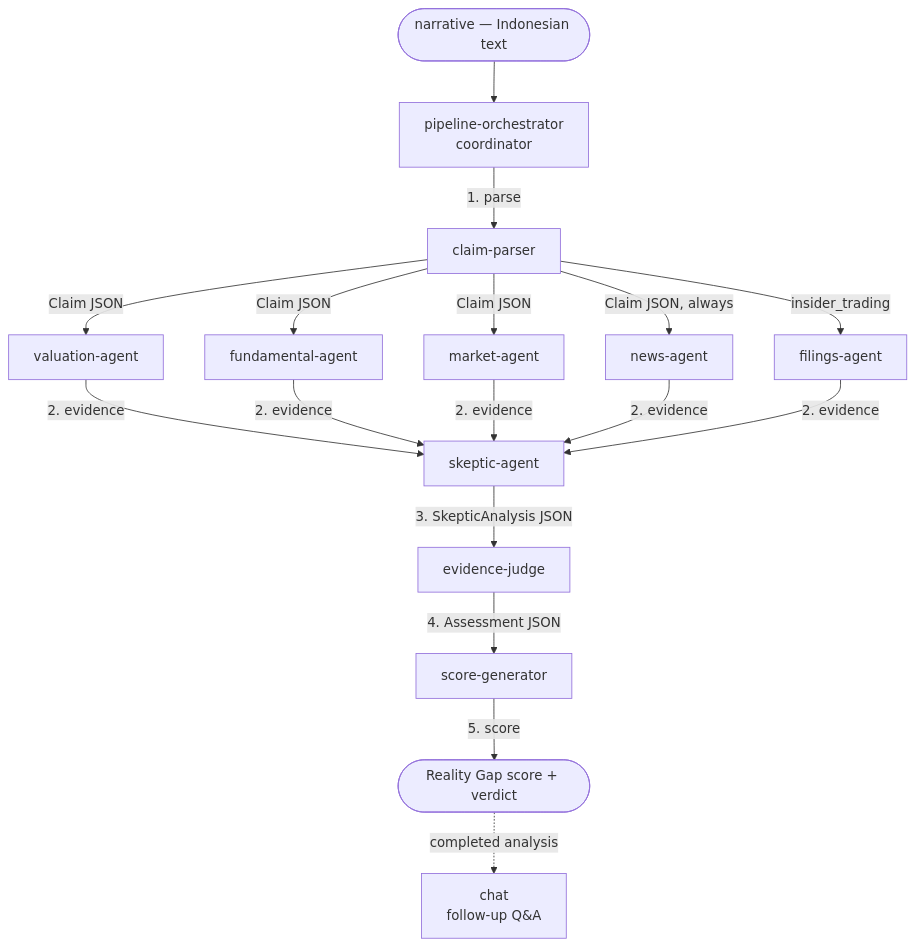
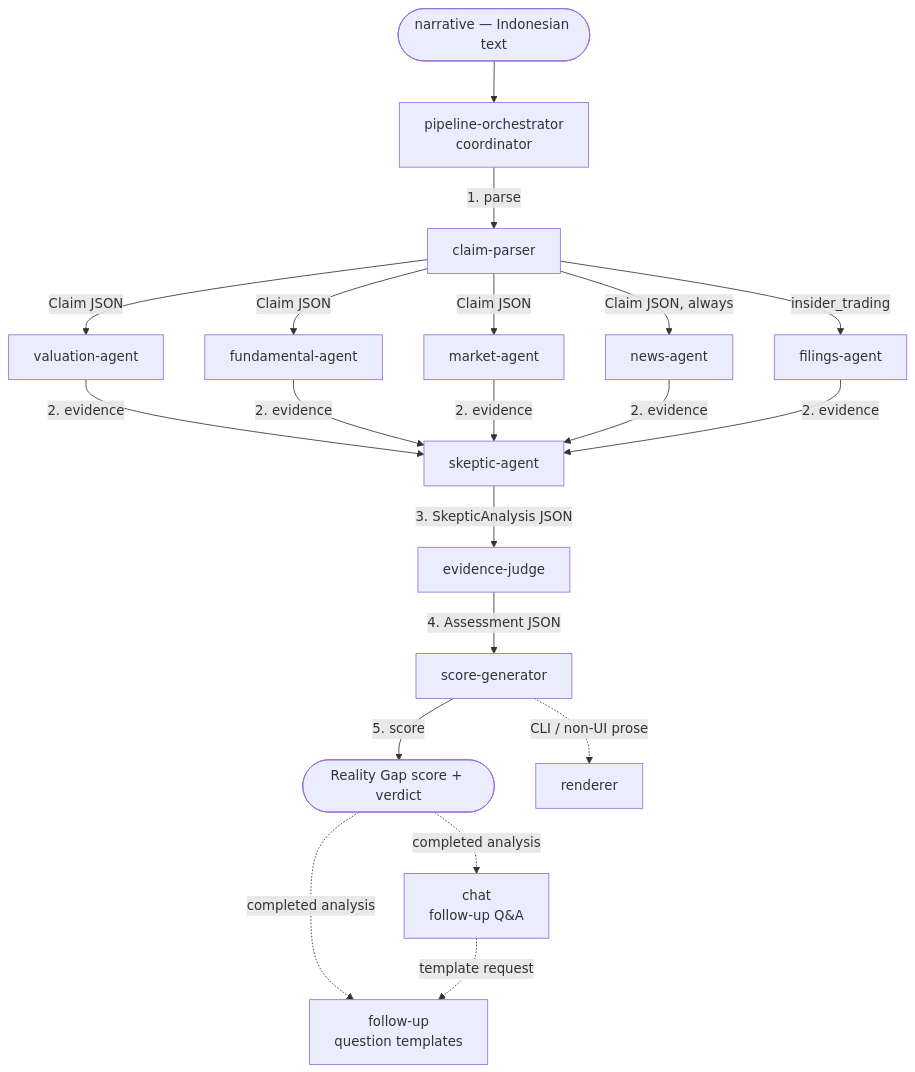
Before and after one commit to masdevid/naragate: the diagram in agents/README.md, drawn with Mermaid. The commit also changed other lines of this file and 11 other files, not shown here.

````diff
--- a/agents/README.md
+++ b/agents/README.md
@@ -9,19 +11,22 @@
 ```mermaid
 flowchart TD
     N([narrative — Indonesian text]) --> O[pipeline-orchestrator<br/>coordinator]
     O -->|1. parse| CP[claim-parser]
     CP -->|Claim JSON| VA[valuation-agent]
     CP -->|Claim JSON| FA[fundamental-agent]
     CP -->|Claim JSON| MA[market-agent]
     CP -->|Claim JSON, always| NA[news-agent]
     CP -->|insider_trading| IF[filings-agent]
     VA -->|2. evidence| SK[skeptic-agent]
     FA -->|2. evidence| SK
     MA -->|2. evidence| SK
     NA -->|2. evidence| SK
     IF -->|2. evidence| SK
     SK -->|3. SkepticAnalysis JSON| JJ[evidence-judge]
     JJ -->|4. Assessment JSON| SG[score-generator]
     SG -->|5. score| RG([Reality Gap score + verdict])
     RG -.->|completed analysis| CH[chat<br/>follow-up Q&A]
+    RG -.->|completed analysis| FU[follow-up<br/>question templates]
+    CH -.->|template request| FU
+    SG -.->|CLI / non-UI prose| RD[renderer]
 ```
````
